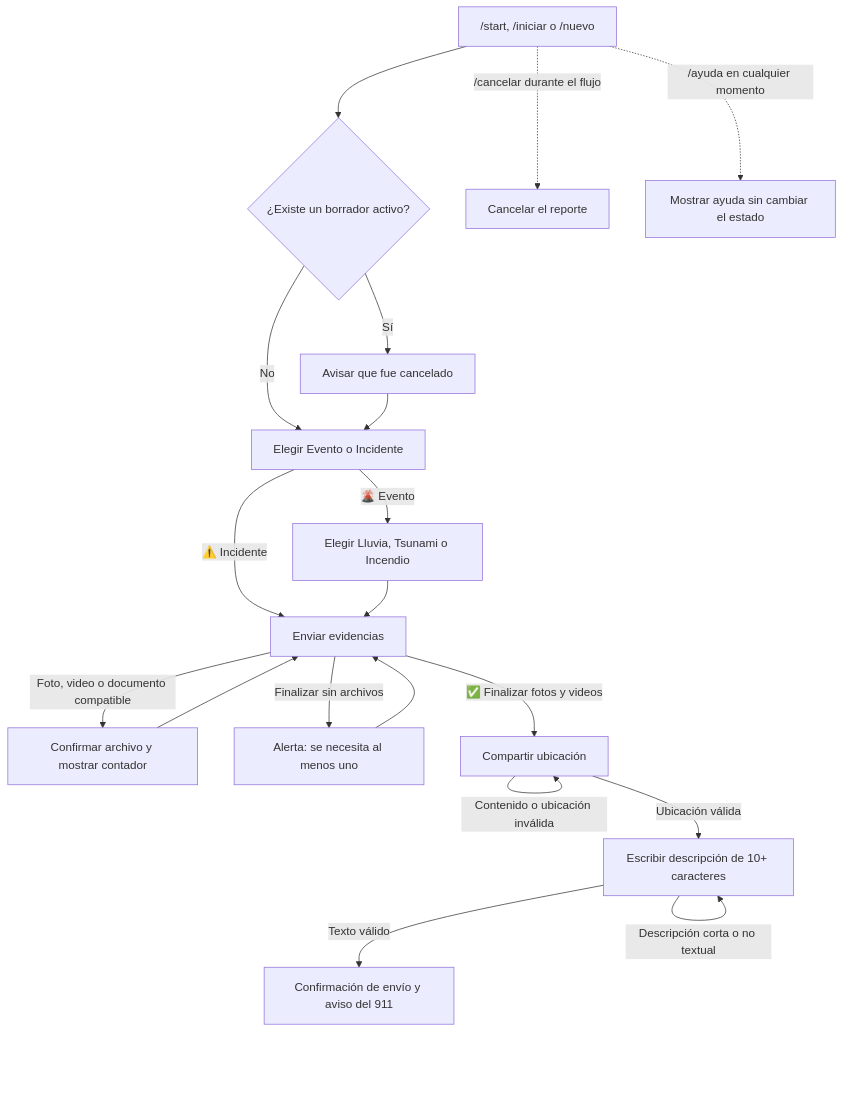
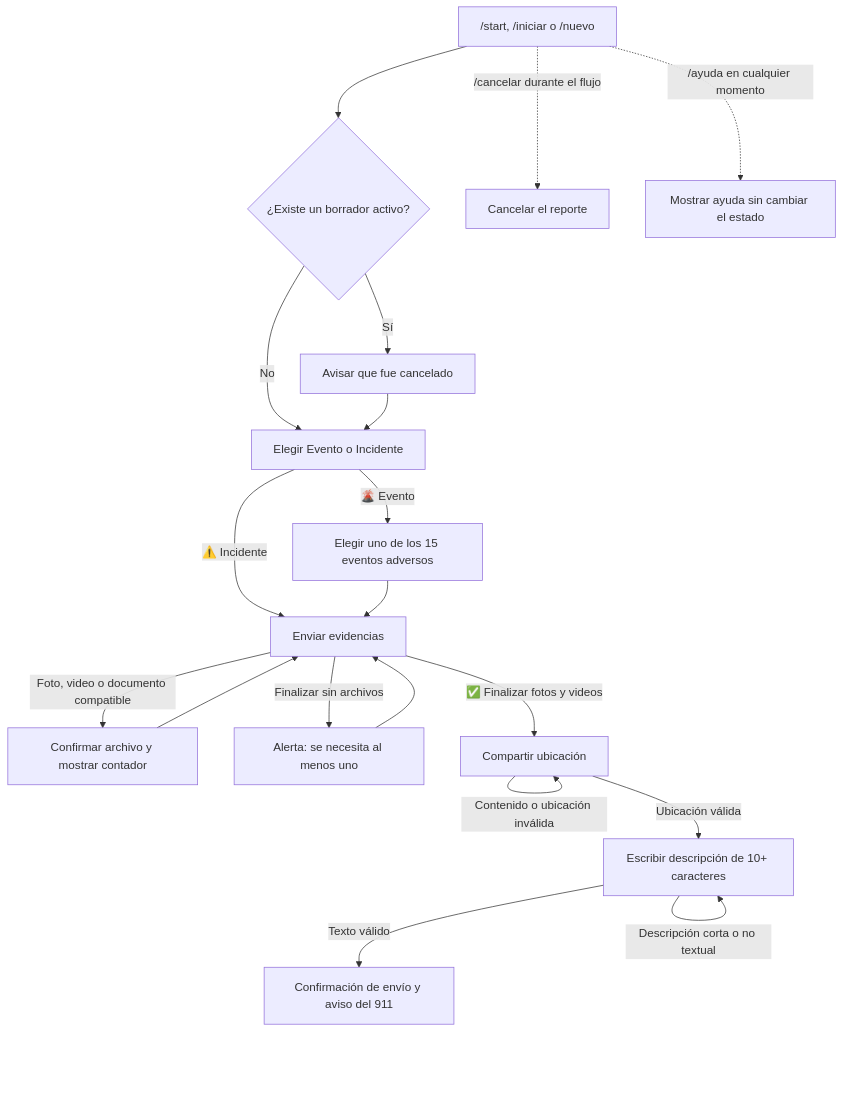
One commit to jhquihuiri7/galapagos_previene changed the diagram in docs/flujo-mensajes-telegram-trabajo.md. Above: the diagram before and after it, drawn with Mermaid. The commit also changed other lines of this file and 14 other files, not shown here.

First line of the commit message:
feat: adopta el catálogo oficial de quince eventos adversos

````diff
--- a/docs/flujo-mensajes-telegram-trabajo.md
+++ b/docs/flujo-mensajes-telegram-trabajo.md
@@ -5,25 +5,25 @@
 ```mermaid
 flowchart TD
     START["/start, /iniciar o /nuevo"] --> OLD{"¿Existe un borrador activo?"}
     OLD -->|Sí| CANCEL_OLD["Avisar que fue cancelado"]
     OLD -->|No| KIND
     CANCEL_OLD --> KIND["Elegir Evento o Incidente"]
 
-    KIND -->|🌋 Evento| EVENT_TYPE["Elegir Lluvia, Tsunami o Incendio"]
+    KIND -->|🌋 Evento| EVENT_TYPE["Elegir uno de los 15 eventos adversos"]
     KIND -->|⚠️ Incidente| MEDIA["Enviar evidencias"]
     EVENT_TYPE --> MEDIA
 
     MEDIA -->|Foto, video o documento compatible| MEDIA_OK["Confirmar archivo y mostrar contador"]
     MEDIA_OK --> MEDIA
     MEDIA -->|Finalizar sin archivos| MEDIA_EMPTY["Alerta: se necesita al menos uno"]
     MEDIA_EMPTY --> MEDIA
     MEDIA -->|✅ Finalizar fotos y videos| LOCATION["Compartir ubicación"]
 
     LOCATION -->|Ubicación válida| DESCRIPTION["Escribir descripción de 10+ caracteres"]
     LOCATION -->|Contenido o ubicación inválida| LOCATION
     DESCRIPTION -->|Descripción corta o no textual| DESCRIPTION
     DESCRIPTION -->|Texto válido| SUBMITTED["Confirmación de envío y aviso del 911"]
 
     START -.->|/cancelar durante el flujo| CANCELLED["Cancelar el reporte"]
     START -.->|/ayuda en cualquier momento| HELP["Mostrar ayuda sin cambiar el estado"]
 ```
````
